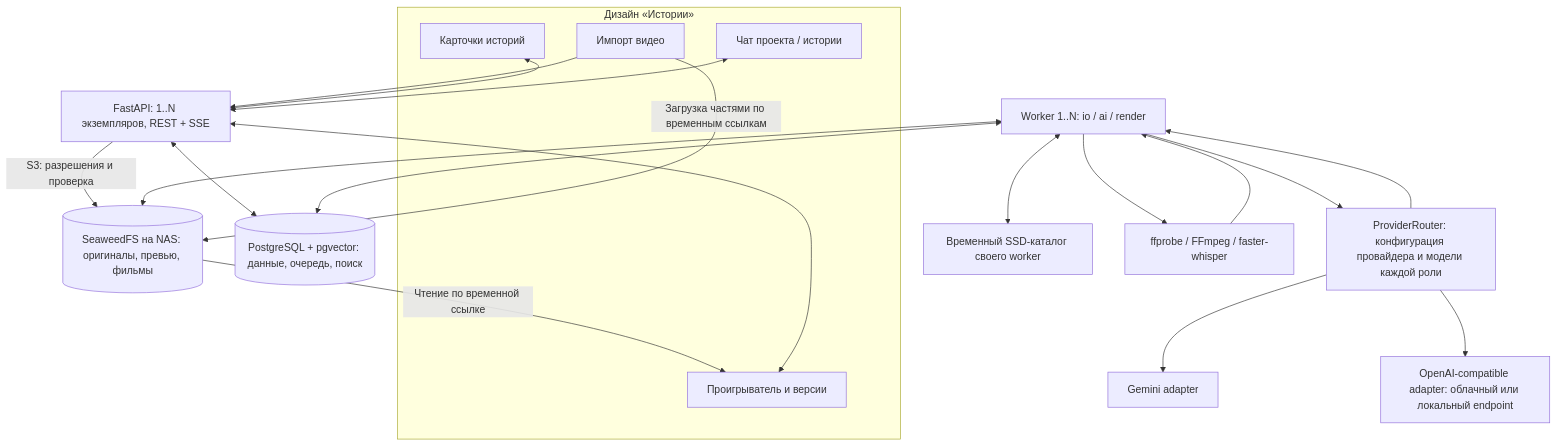
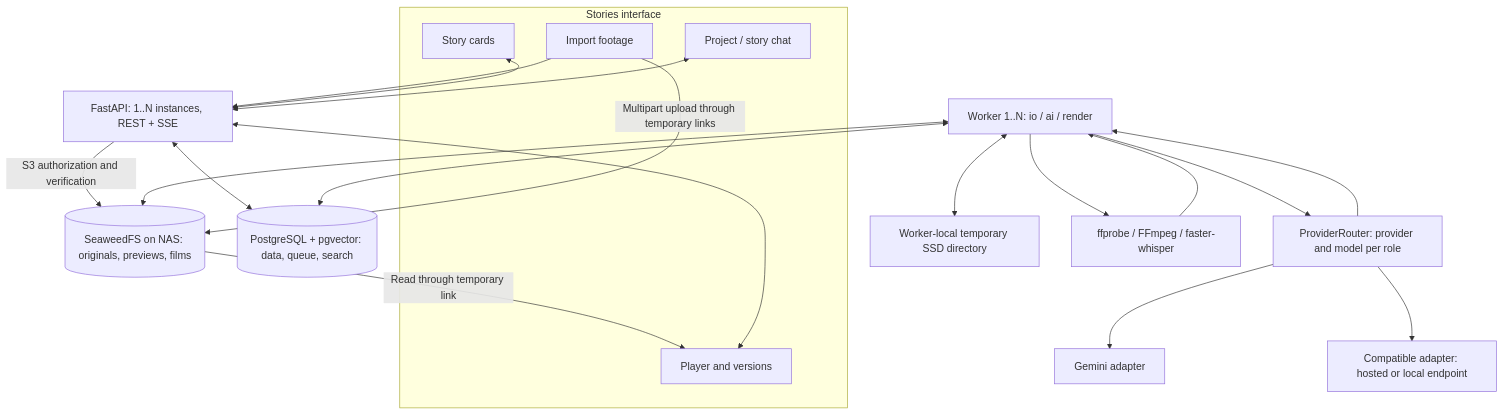
One commit to Chaapa/VMerger changed the second of 3 diagrams in docs/architecture.md. Above: the diagram before and after it, drawn with Mermaid. The commit also changed other lines of this file and 10 other files, not shown here.

````diff
--- a/docs/architecture.md
+++ b/docs/architecture.md
@@ -63,26 +63,26 @@
 ```mermaid
 flowchart TB
-    subgraph UI["Дизайн «Истории»"]
-        U["Импорт видео"]
-        S["Карточки историй"]
-        P["Проигрыватель и версии"]
-        C["Чат проекта / истории"]
+    subgraph UI["Stories interface"]
+        U["Import footage"]
+        S["Story cards"]
+        P["Player and versions"]
+        C["Project / story chat"]
     end
-    U --> API["FastAPI: 1..N экземпляров, REST + SSE"]
+    U --> API["FastAPI: 1..N instances, REST + SSE"]
     S <--> API
     P <--> API
     C <--> API
-    API <--> DB[("PostgreSQL + pgvector: данные, очередь, поиск")]
-    API -->|"S3: разрешения и проверка"| FS[("SeaweedFS на NAS: оригиналы, превью, фильмы")]
-    U -->|"Загрузка частями по временным ссылкам"| FS
-    FS -->|"Чтение по временной ссылке"| P
+    API <--> DB[("PostgreSQL + pgvector: data, queue, search")]
+    API -->|"S3 authorization and verification"| FS[("SeaweedFS on NAS: originals, previews, films")]
+    U -->|"Multipart upload through temporary links"| FS
+    FS -->|"Read through temporary link"| P
     W["Worker 1..N: io / ai / render"] <--> DB
     W <--> FS
-    W <--> TMP["Временный SSD-каталог своего worker"]
+    W <--> TMP["Worker-local temporary SSD directory"]
     W --> MEDIA["ffprobe / FFmpeg / faster-whisper"]
-    W --> AI["ProviderRouter: конфигурация провайдера и модели каждой роли"]
+    W --> AI["ProviderRouter: provider and model per role"]
     AI --> GA["Gemini adapter"]
-    AI --> OA["OpenAI-compatible adapter: облачный или локальный endpoint"]
+    AI --> OA["Compatible adapter: hosted or local endpoint"]
     AI --> W
     MEDIA --> W
 ```
````
